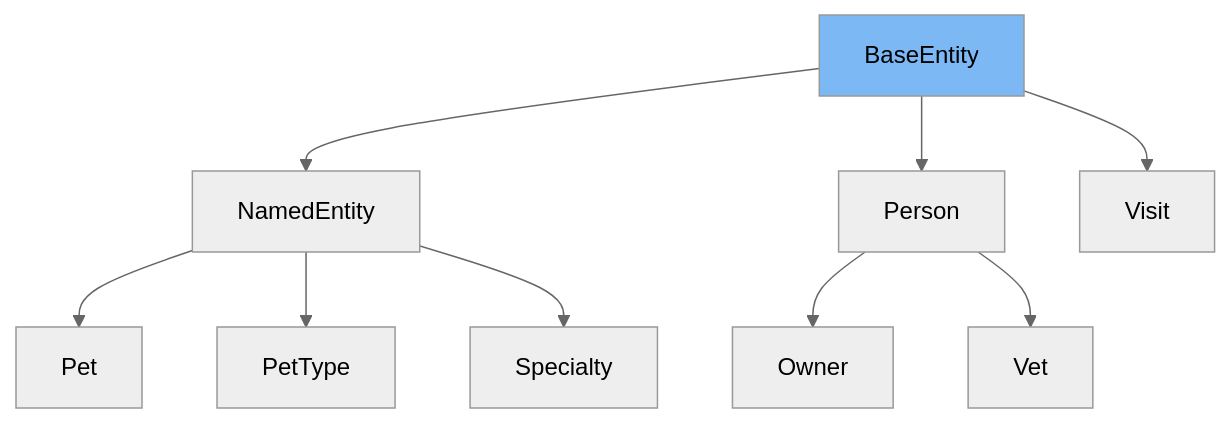
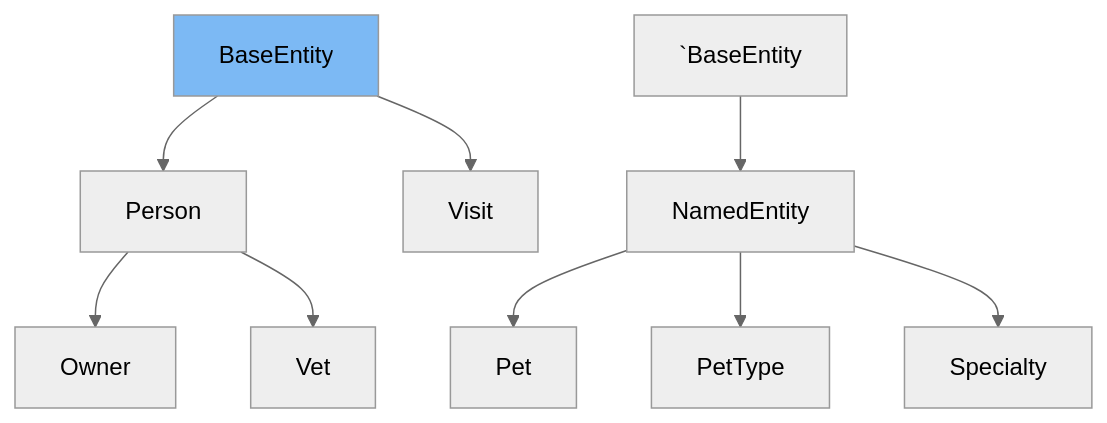
One commit to umalingaswami/spring-petclinic changed the diagram in .swm/the-baseentity-class.z9b7u.sw.md. Above: the diagram before and after it, drawn with Mermaid (neutral theme). The commit also changed other lines of this file, not shown here.

Commit message:
docs(swimm): update doc: The BaseEntity class

````diff
--- a/.swm/the-baseentity-class.z9b7u.sw.md
+++ b/.swm/the-baseentity-class.z9b7u.sw.md
@@ -8,28 +8,28 @@
 ```mermaid
 graph TD;
   BaseEntity:::currentBaseStyle
-BaseEntity --> NamedEntity
+`BaseEntity --> NamedEntity
 NamedEntity --> Pet
 NamedEntity --> PetType
 NamedEntity --> Specialty
 BaseEntity --> Person
 Person --> Owner
 Person --> Vet
 BaseEntity --> Visit
 
  classDef currentBaseStyle color:#000000,fill:#7CB9F4
 
 %% Swimm:
 %% graph TD;
-%%   <SwmToken path="src\main\java\org\springframework\samples\petclinic\PetClinicRuntimeHints.java" pos="32:9:9" line-data="		hints.serialization().registerType(BaseEntity.class);">`BaseEntity`</SwmToken>:::currentBaseStyle
-%% <SwmToken path="src\main\java\org\springframework\samples\petclinic\PetClinicRuntimeHints.java" pos="32:9:9" line-data="		hints.serialization().registerType(BaseEntity.class);">`BaseEntity`</SwmToken> --> <SwmToken path="src\main\java\org\springframework\samples\petclinic\model\NamedEntity.java" pos="31:4:4" line-data="public class NamedEntity extends BaseEntity {">`NamedEntity`</SwmToken>
-%% <SwmToken path="src\main\java\org\springframework\samples\petclinic\model\NamedEntity.java" pos="31:4:4" line-data="public class NamedEntity extends BaseEntity {">`NamedEntity`</SwmToken> --> Pet
-%% <SwmToken path="src\main\java\org\springframework\samples\petclinic\model\NamedEntity.java" pos="31:4:4" line-data="public class NamedEntity extends BaseEntity {">`NamedEntity`</SwmToken> --> PetType
-%% <SwmToken path="src\main\java\org\springframework\samples\petclinic\model\NamedEntity.java" pos="31:4:4" line-data="public class NamedEntity extends BaseEntity {">`NamedEntity`</SwmToken> --> Specialty
-%% <SwmToken path="src\main\java\org\springframework\samples\petclinic\PetClinicRuntimeHints.java" pos="32:9:9" line-data="		hints.serialization().registerType(BaseEntity.class);">`BaseEntity`</SwmToken> --> Person
+%%   <SwmToken path="/src/main/java/org/springframework/samples/petclinic/model/BaseEntity.java" pos="33:4:4" line-data="public class BaseEntity implements Serializable {">`BaseEntity`</SwmToken>:::currentBaseStyle
+%% `BaseEntity --> <SwmToken path="/src/main/java/org/springframework/samples/petclinic/model/NamedEntity.java" pos="31:4:4" line-data="public class NamedEntity extends BaseEntity {">`NamedEntity`</SwmToken>
+%% <SwmToken path="/src/main/java/org/springframework/samples/petclinic/model/NamedEntity.java" pos="31:4:4" line-data="public class NamedEntity extends BaseEntity {">`NamedEntity`</SwmToken> --> Pet
+%% <SwmToken path="/src/main/java/org/springframework/samples/petclinic/model/NamedEntity.java" pos="31:4:4" line-data="public class NamedEntity extends BaseEntity {">`NamedEntity`</SwmToken> --> PetType
+%% <SwmToken path="/src/main/java/org/springframework/samples/petclinic/model/NamedEntity.java" pos="31:4:4" line-data="public class NamedEntity extends BaseEntity {">`NamedEntity`</SwmToken> --> Specialty
+%% <SwmToken path="/src/main/java/org/springframework/samples/petclinic/model/BaseEntity.java" pos="33:4:4" line-data="public class BaseEntity implements Serializable {">`BaseEntity`</SwmToken> --> Person
 %% Person --> Owner
 %% Person --> Vet
-%% <SwmToken path="src\main\java\org\springframework\samples\petclinic\PetClinicRuntimeHints.java" pos="32:9:9" line-data="		hints.serialization().registerType(BaseEntity.class);">`BaseEntity`</SwmToken> --> Visit
+%% <SwmToken path="/src/main/java/org/springframework/samples/petclinic/model/BaseEntity.java" pos="33:4:4" line-data="public class BaseEntity implements Serializable {">`BaseEntity`</SwmToken> --> Visit
 %% 
 %%  classDef currentBaseStyle color:#000000,fill:#7CB9F4
 ```
````
